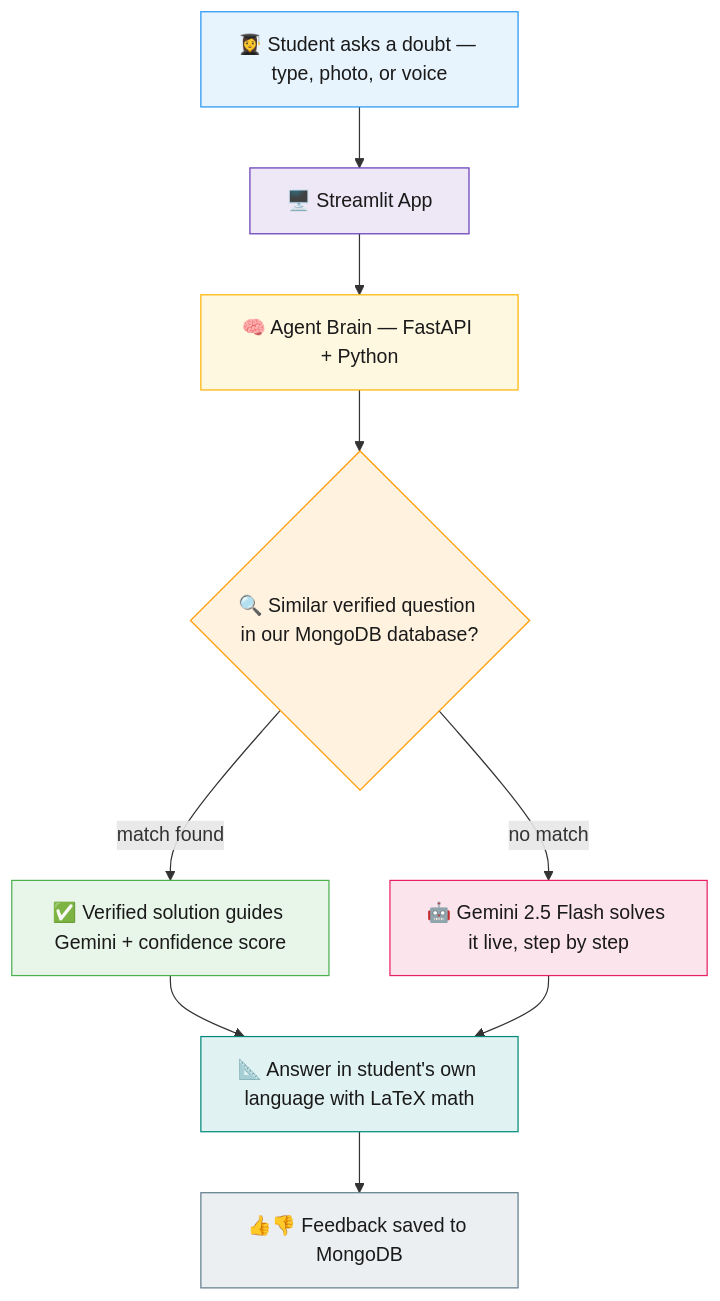
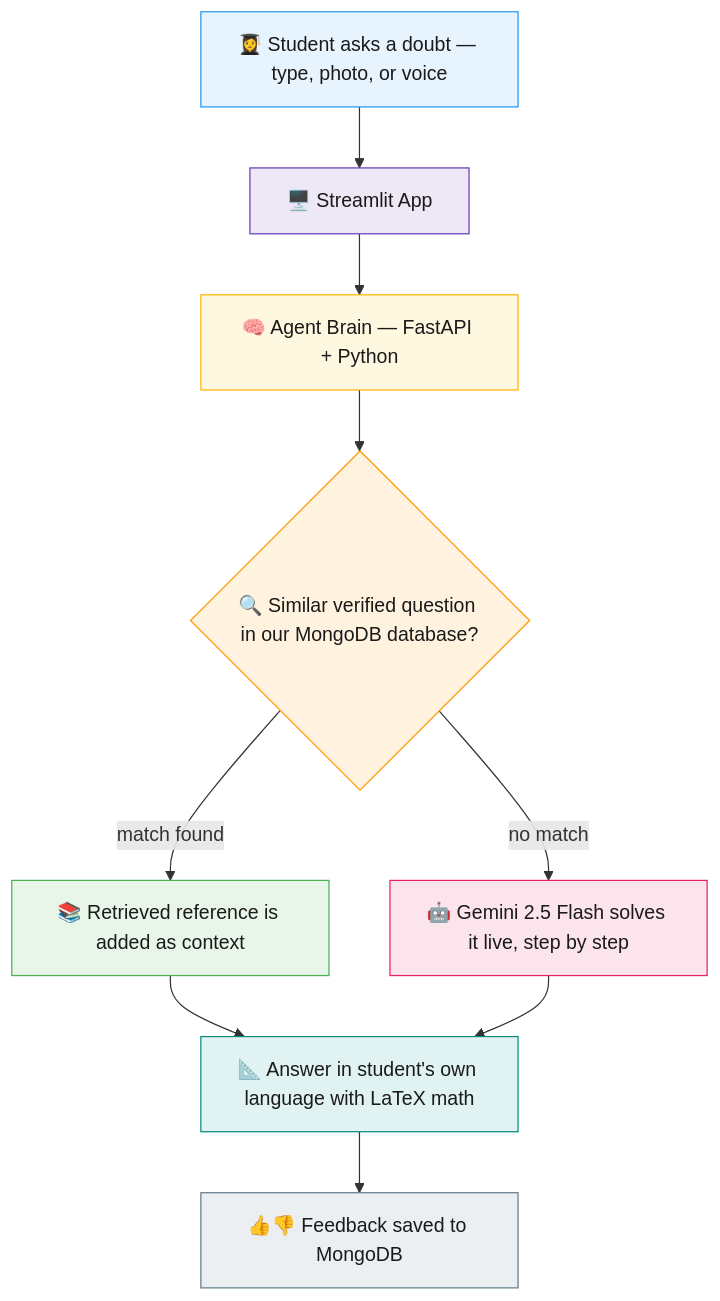
The diagram in README.md (disha516/project-website), drawn with Mermaid before and after one commit. The commit also changed other lines of this file, not shown here.

````diff
--- a/README.md
+++ b/README.md
@@ -31,27 +31,27 @@
 ```mermaid
 flowchart TB
     A["👩‍🎓 Student asks a doubt — type, photo, or voice"]
     B["🖥️ Streamlit App"]
     C["🧠 Agent Brain — FastAPI + Python"]
     D{"🔍 Similar verified question in our MongoDB database?"}
-    E["✅ Verified solution guides Gemini + confidence score"]
+    E["📚 Retrieved reference is added as context"]
     F["🤖 Gemini 2.5 Flash solves it live, step by step"]
     G["📐 Answer in student's own language with LaTeX math"]
     H["👍👎 Feedback saved to MongoDB"]
 
     A --> B --> C --> D
     D -->|match found| E
     D -->|no match| F
     E --> G
     F --> G
     G --> H
 
     style A fill:#e8f4fd,stroke:#2196f3,color:#1a1a1a
     style B fill:#ede7f6,stroke:#673ab7,color:#1a1a1a
     style C fill:#fff8e1,stroke:#ffb300,color:#1a1a1a
     style D fill:#fff3e0,stroke:#ff9800,color:#1a1a1a
     style E fill:#e8f5e9,stroke:#4caf50,color:#1a1a1a
     style F fill:#fce4ec,stroke:#e91e63,color:#1a1a1a
     style G fill:#e0f2f1,stroke:#00897b,color:#1a1a1a
     style H fill:#eceff1,stroke:#607d8b,color:#1a1a1a
 ```
````
